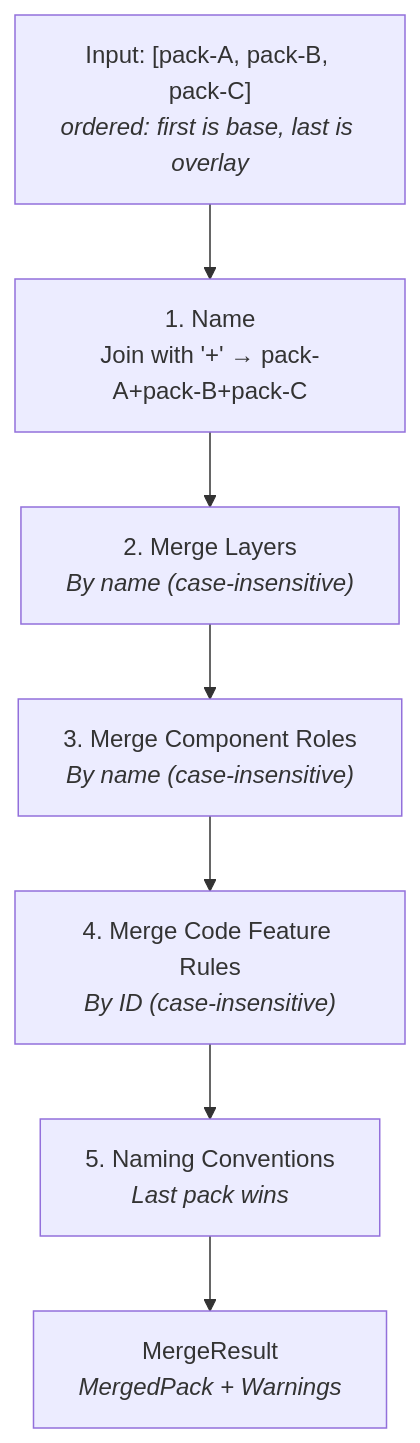
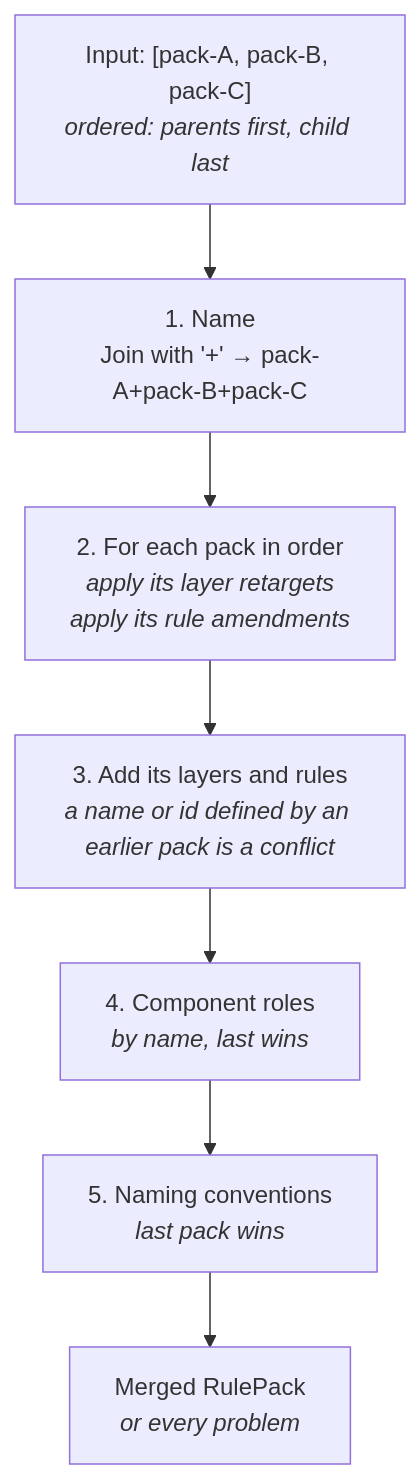
One commit to MarcelRoozekrans/Ariadne.NET changed the first of 2 diagrams in docs-site/docs/how-it-works/05-rule-engine.md. Above: the diagram before and after it, drawn with Mermaid. The commit also changed other lines of this file and 173 other files, not shown here.

First line of the commit message:
feat!: rule schema v2 with selectors, forbid and allowOnly rules (#35)

````diff
--- a/docs-site/docs/how-it-works/05-rule-engine.md
+++ b/docs-site/docs/how-it-works/05-rule-engine.md
@@ -24,9 +23,9 @@
 ```mermaid
 flowchart TD
-    A["Input: [pack-A, pack-B, pack-C]<br/><i>ordered: first is base, last is overlay</i>"] --> B["1. Name<br/>Join with '+' → pack-A+pack-B+pack-C"]
-    B --> C["2. Merge Layers<br/><i>By name (case-insensitive)</i>"]
-    C --> D["3. Merge Component Roles<br/><i>By name (case-insensitive)</i>"]
-    D --> E["4. Merge Code Feature Rules<br/><i>By ID (case-insensitive)</i>"]
-    E --> F["5. Naming Conventions<br/><i>Last pack wins</i>"]
-    F --> G["MergeResult<br/><i>MergedPack + Warnings</i>"]
+    A["Input: [pack-A, pack-B, pack-C]<br/><i>ordered: parents first, child last</i>"] --> B["1. Name<br/>Join with '+' → pack-A+pack-B+pack-C"]
+    B --> C["2. For each pack in order<br/><i>apply its layer retargets<br/>apply its rule amendments</i>"]
+    C --> D["3. Add its layers and rules<br/><i>a name or id defined by an earlier pack is a conflict</i>"]
+    D --> E["4. Component roles<br/><i>by name, last wins</i>"]
+    E --> F["5. Naming conventions<br/><i>last pack wins</i>"]
+    F --> G["Merged RulePack<br/><i>or every problem</i>"]
 ```
````
